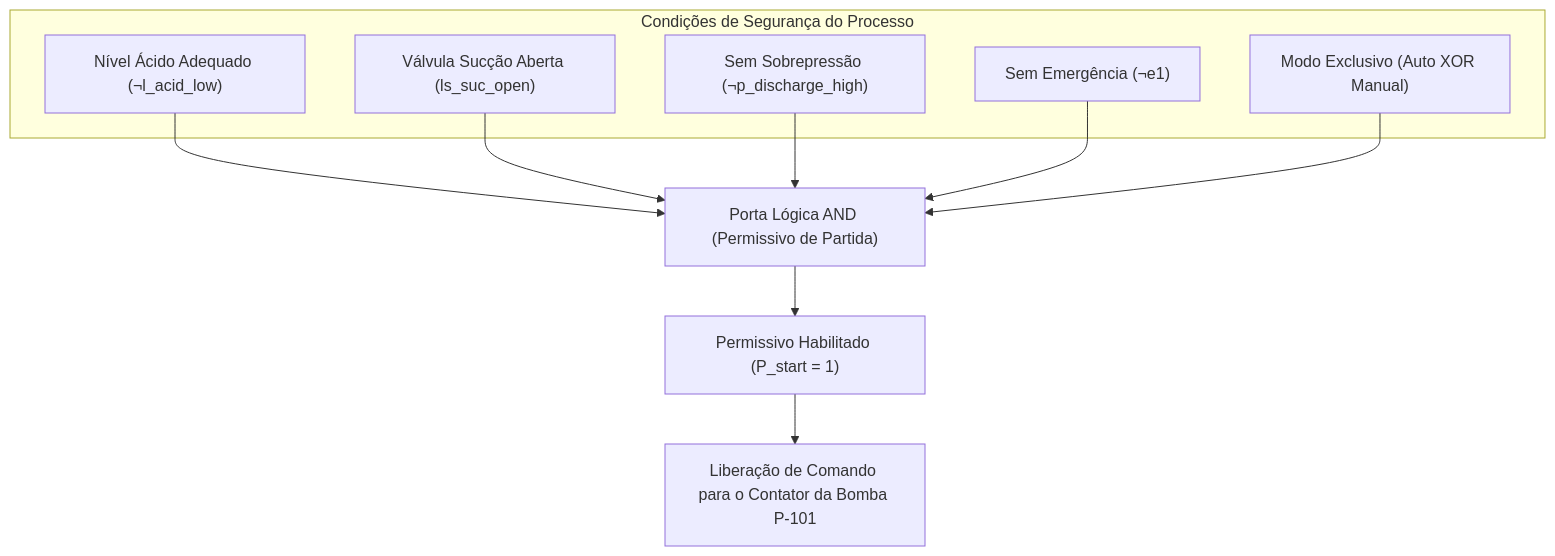
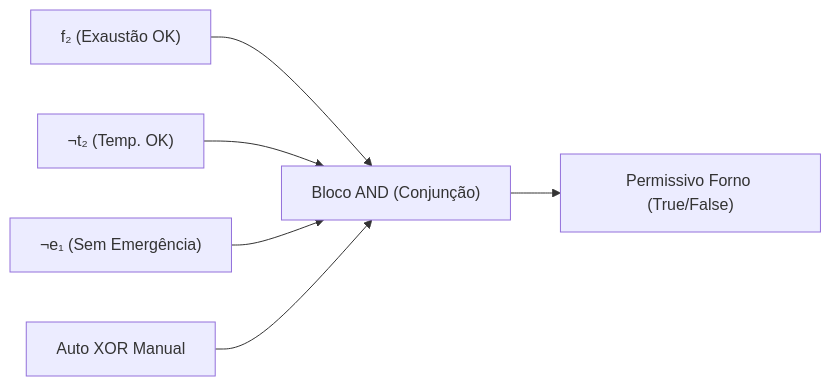
One commit to AnnaGavinho/Grupo-7-ECAA08 changed the diagram in etapa-01-logica/04 - Logica Proposicional Conectivos e Permissivos.md. Above: the diagram before and after it, drawn with Mermaid. The commit also changed other lines of this file, not shown here.

````diff
--- a/etapa-01-logica/04 - Logica Proposicional Conectivos e Permissivos.md
+++ b/etapa-01-logica/04 - Logica Proposicional Conectivos e Permissivos.md
@@ -23,19 +30,8 @@
 ```mermaid
-graph TD
-    subgraph Condicoes["Condições de Segurança do Processo"]
-        C1["Nível Ácido Adequado (¬l_acid_low)"]
-        C2["Válvula Sucção Aberta (ls_suc_open)"]
-        C3["Sem Sobrepressão (¬p_discharge_high)"]
-        C4["Sem Emergência (¬e1)"]
-        C5["Modo Exclusivo (Auto XOR Manual)"]
-    end
-
-    C1 --> AND["Porta Lógica AND (Permissivo de Partida)"]
-    C2 --> AND
-    C3 --> AND
-    C4 --> AND
-    C5 --> AND
-    AND --> Q["Permissivo Habilitado (P_start = 1)"]
-    
-    Q --> Out["Liberação de Comando para o Contator da Bomba P-101"]
+graph LR
+    L1["f₂ (Exaustão OK)"] --> AND["Bloco AND (Conjunção)"]
+    L2["¬t₂ (Temp. OK)"] --> AND
+    L3["¬e₁ (Sem Emergência)"] --> AND
+    L4["Auto XOR Manual"] --> AND
+    AND --> Permissivo["Permissivo Forno (True/False)"]
 ```
````
